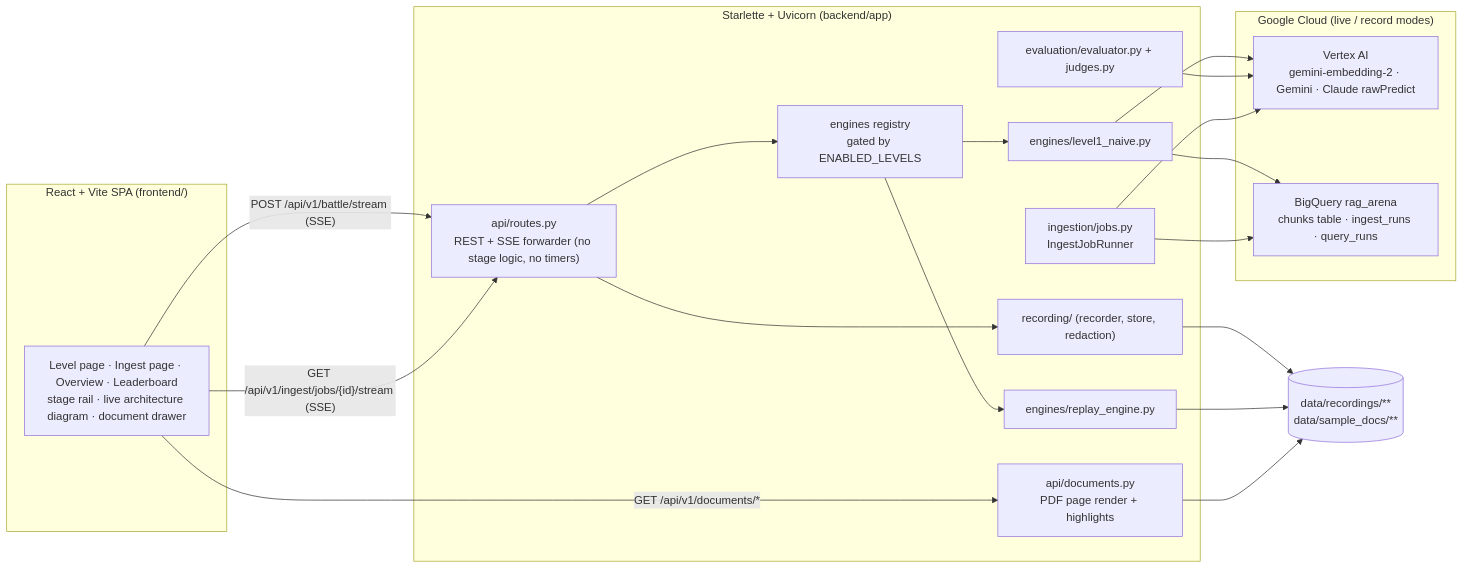
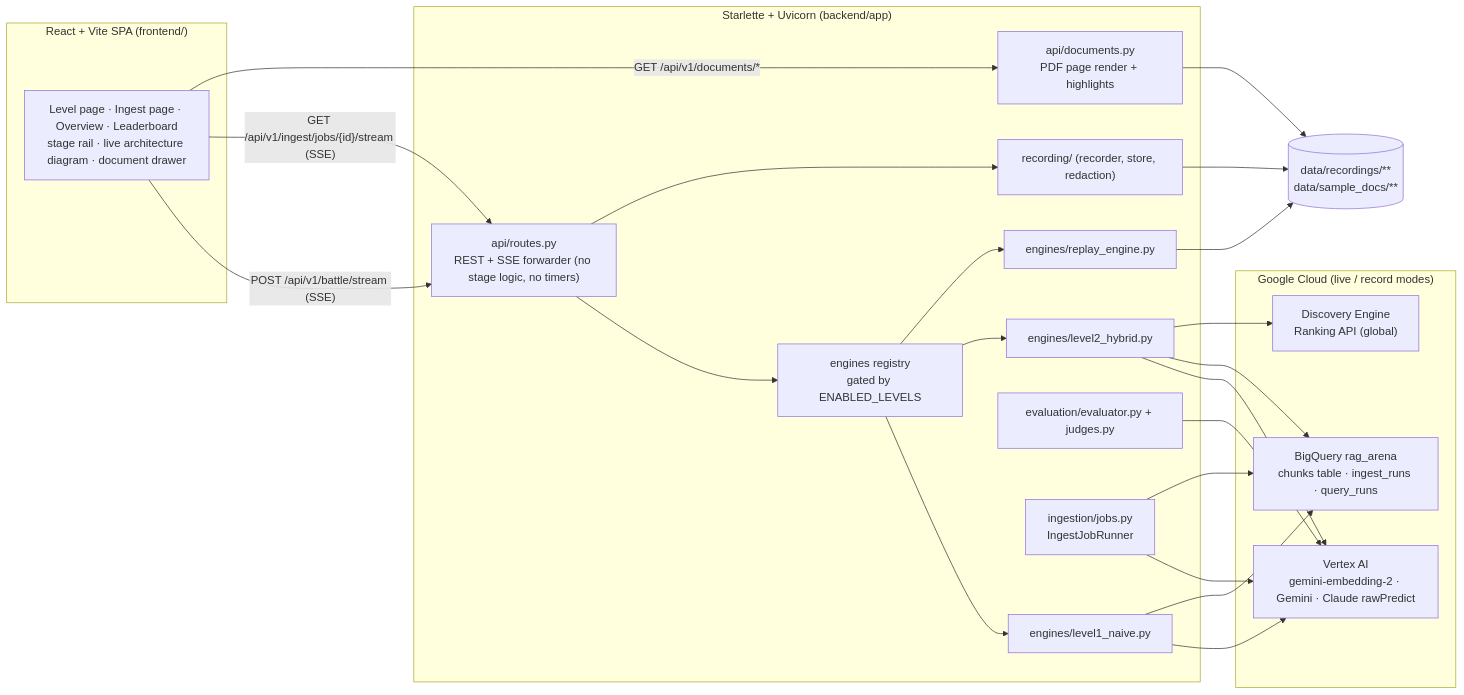
One commit to nishitpatel01/rag-arena changed the diagram in docs/ARCHITECTURE.md. Above: the diagram before and after it, drawn with Mermaid. The commit also changed other lines of this file and 2 other files, not shown here.

Commit message:
docs: Level 2 live — architecture, walkthrough with screenshots, Level 1 vs Level 2 results, Ranking API pricing

````diff
--- a/docs/ARCHITECTURE.md
+++ b/docs/ARCHITECTURE.md
@@ -11,32 +11,35 @@
 ```mermaid
 flowchart LR
     subgraph Browser["React + Vite SPA (frontend/)"]
         UI["Level page · Ingest page · Overview · Leaderboard<br/>stage rail · live architecture diagram · document drawer"]
     end
     subgraph API["Starlette + Uvicorn (backend/app)"]
         R["api/routes.py<br/>REST + SSE forwarder (no stage logic, no timers)"]
         D["api/documents.py<br/>PDF page render + highlights"]
         REG["engines registry<br/>gated by ENABLED_LEVELS"]
         L1["engines/level1_naive.py"]
+        L2["engines/level2_hybrid.py"]
         RP["engines/replay_engine.py"]
         EV["evaluation/evaluator.py + judges.py"]
         IJ["ingestion/jobs.py<br/>IngestJobRunner"]
         REC["recording/ (recorder, store, redaction)"]
     end
     subgraph GCP["Google Cloud (live / record modes)"]
         VX["Vertex AI<br/>gemini-embedding-2 · Gemini · Claude rawPredict"]
+        RA["Discovery Engine<br/>Ranking API (global)"]
         BQ["BigQuery rag_arena<br/>chunks table · ingest_runs · query_runs"]
     end
     FS[("data/recordings/**<br/>data/sample_docs/**")]
 
     UI -- "POST /api/v1/battle/stream (SSE)" --> R
     UI -- "GET /api/v1/ingest/jobs/{id}/stream (SSE)" --> R
     UI -- "GET /api/v1/documents/*" --> D
-    R --> REG --> L1 & RP
+    R --> REG --> L1 & L2 & RP
     L1 --> VX & BQ
+    L2 --> VX & BQ & RA
     EV --> VX
     IJ --> VX & BQ
     R --> REC --> FS
     RP --> FS
     D --> FS
 ```
````
